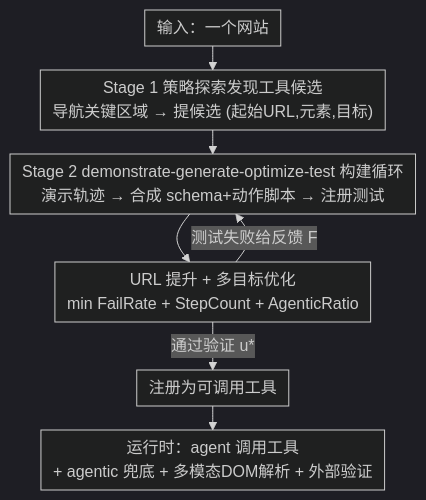
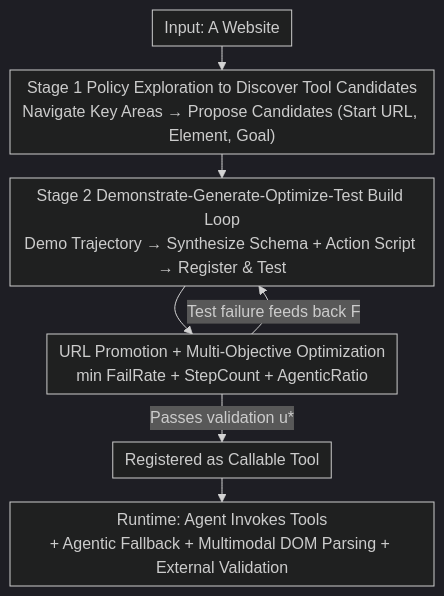
One commit to zhaoyang97/Paper-Notes-en changed the diagram in docs/ICLR2026/llm_agent/walt_web_agents_that_learn_tools.md. Above: the diagram before and after it, drawn with Mermaid (dark theme). The commit also changed 644 other files, not shown here.

````diff
--- a/docs/ICLR2026/llm_agent/walt_web_agents_that_learn_tools.md
+++ b/docs/ICLR2026/llm_agent/walt_web_agents_that_learn_tools.md
@@ -51,10 +51,10 @@
 ```mermaid
 %%{init: {'flowchart': {'rankSpacing': 24, 'nodeSpacing': 28, 'padding': 6, 'wrappingWidth': 400}}}%%
 flowchart TD
-    A["输入：一个网站"] --> B["Stage 1 策略探索发现工具候选<br/>导航关键区域 → 提候选 (起始URL,元素,目标)"]
-    B --> C["Stage 2 demonstrate-generate-optimize-test 构建循环<br/>演示轨迹 → 合成 schema+动作脚本 → 注册测试"]
-    C --> D["URL 提升 + 多目标优化<br/>min FailRate + StepCount + AgenticRatio"]
-    D -->|测试失败给反馈 F| C
-    D -->|通过验证 u*| E["注册为可调用工具"]
-    E --> F["运行时：agent 调用工具<br/>+ agentic 兜底 + 多模态DOM解析 + 外部验证"]
+    A["Input: A Website"] --> B["Stage 1 Policy Exploration to Discover Tool Candidates<br/>Navigate Key Areas → Propose Candidates (Start URL, Element, Goal)"]
+    B --> C["Stage 2 Demonstrate-Generate-Optimize-Test Build Loop<br/>Demo Trajectory → Synthesize Schema + Action Script → Register & Test"]
+    C --> D["URL Promotion + Multi-Objective Optimization<br/>min FailRate + StepCount + AgenticRatio"]
+    D -->|Test failure feeds back F| C
+    D -->|Passes validation u*| E["Registered as Callable Tool"]
+    E --> F["Runtime: Agent Invokes Tools<br/>+ Agentic Fallback + Multimodal DOM Parsing + External Validation"]
 ```
````
